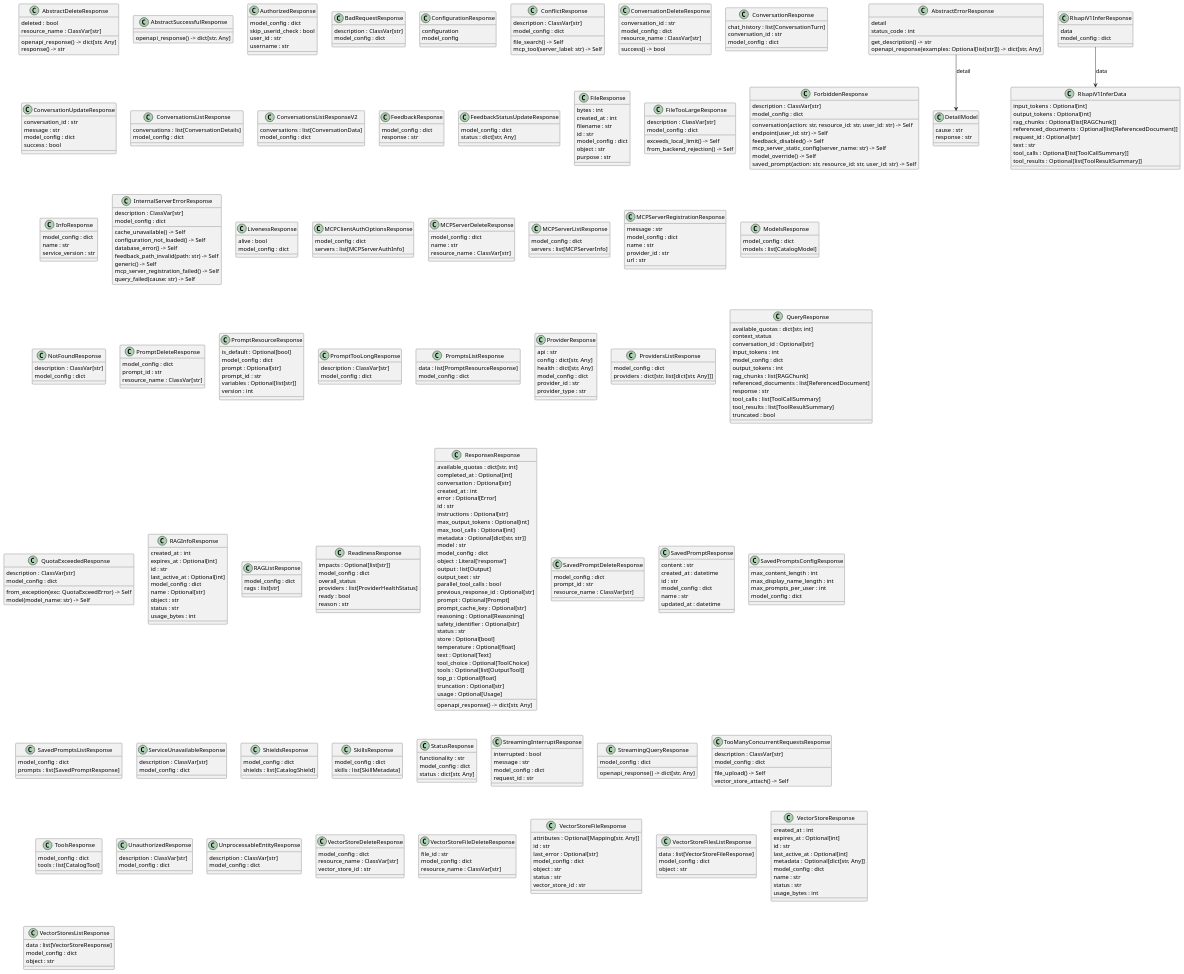
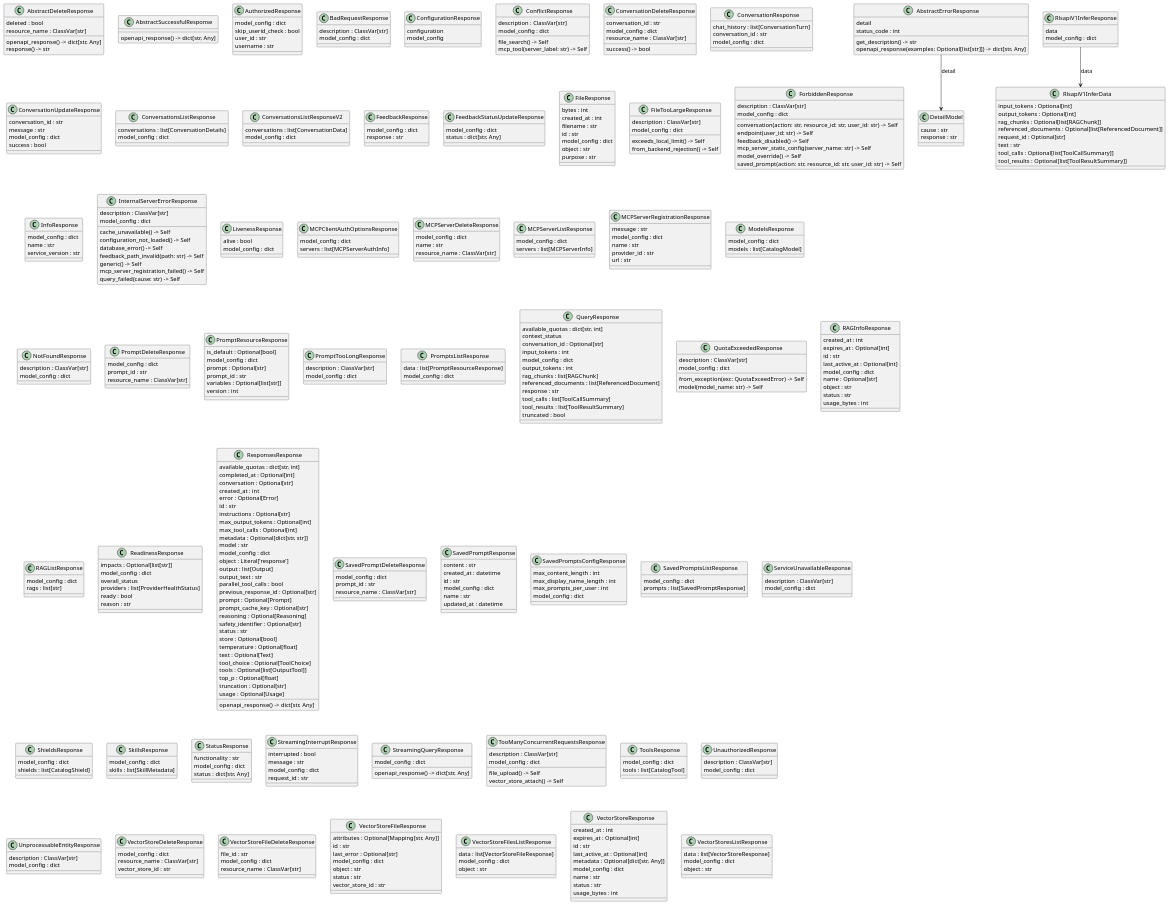
Before and after one commit to lightspeed-core/lightspeed-stack: the diagram in docs/models/responses.puml, drawn with PlantUML. The commit also changed 3 other files, not shown here.

```diff
--- a/docs/models/responses.puml
+++ b/docs/models/responses.puml
@@ -165,18 +165,6 @@
 class "PromptsListResponse" as src.models.api.responses.successful.prompts.PromptsListResponse {
   data : list[PromptResourceResponse]
   model_config : dict
-}
-class "ProviderResponse" as src.models.api.responses.successful.catalog.ProviderResponse {
-  api : str
-  config : dict[str, Any]
-  health : dict[str, Any]
-  model_config : dict
-  provider_id : str
-  provider_type : str
-}
-class "ProvidersListResponse" as src.models.api.responses.successful.catalog.ProvidersListResponse {
-  model_config : dict
-  providers : dict[str, list[dict[str, Any]]]
 }
 class "QueryResponse" as src.models.api.responses.successful.query.QueryResponse {
   available_quotas : dict[str, int]
```
